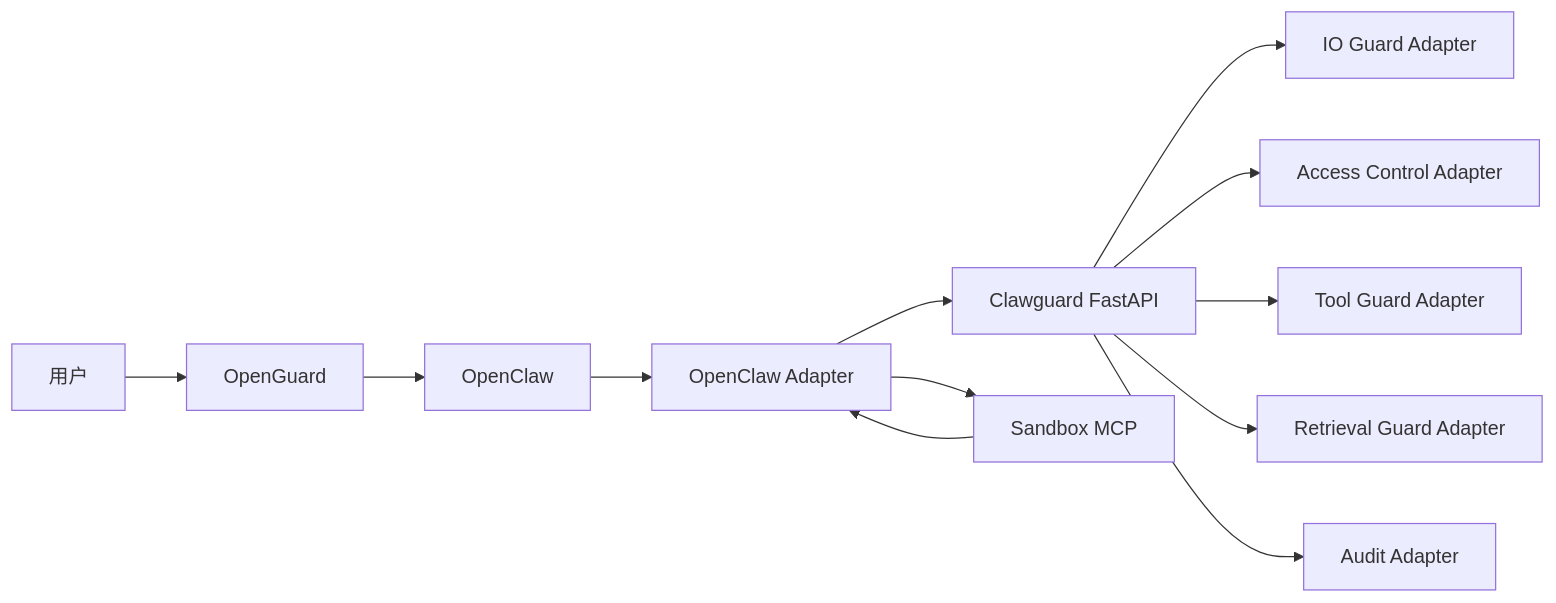
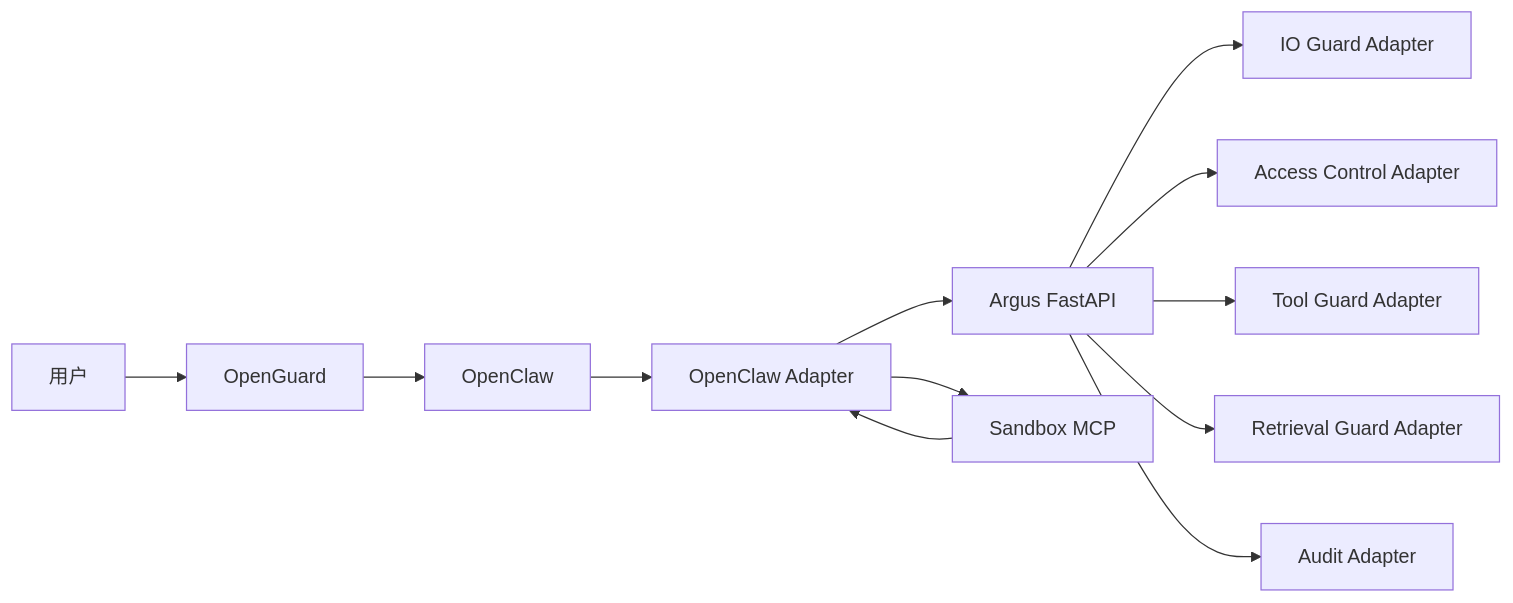
Before and after one commit to FerryOTTO/Argus: the diagram in docs/归档/设计稿v4/对接方案.md, drawn with Mermaid. The commit also changed other lines of this file and 418 other files, not shown here.

````diff
--- a/docs/归档/设计稿v4/对接方案.md
+++ b/docs/归档/设计稿v4/对接方案.md
@@ -80,16 +80,16 @@
 ```mermaid
 graph LR
     U[用户] --> G[OpenGuard]
     G --> O[OpenClaw]
     O --> OA[OpenClaw Adapter]
-    OA --> C[Clawguard FastAPI]
+    OA --> C[Argus FastAPI]
 
     C --> IO[IO Guard Adapter]
     C --> AC[Access Control Adapter]
     C --> TG[Tool Guard Adapter]
     C --> RG[Retrieval Guard Adapter]
     C --> AU[Audit Adapter]
 
     OA --> S[Sandbox MCP]
     S --> OA
 ```
````
